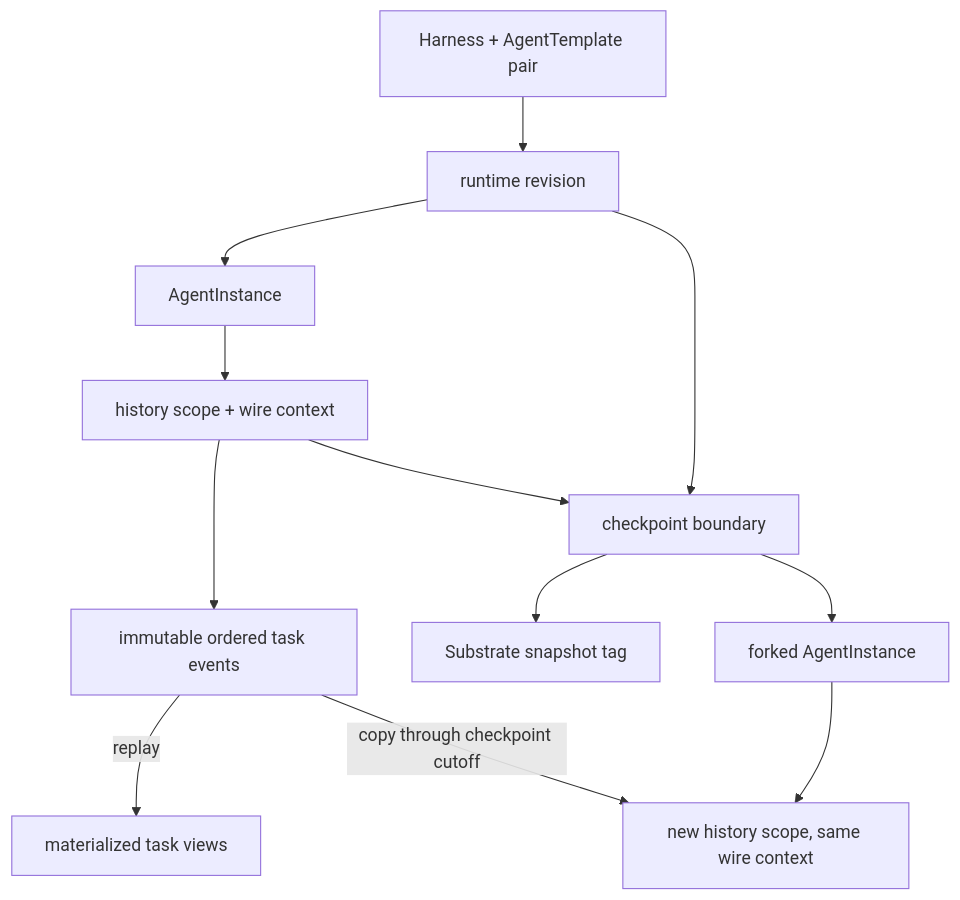
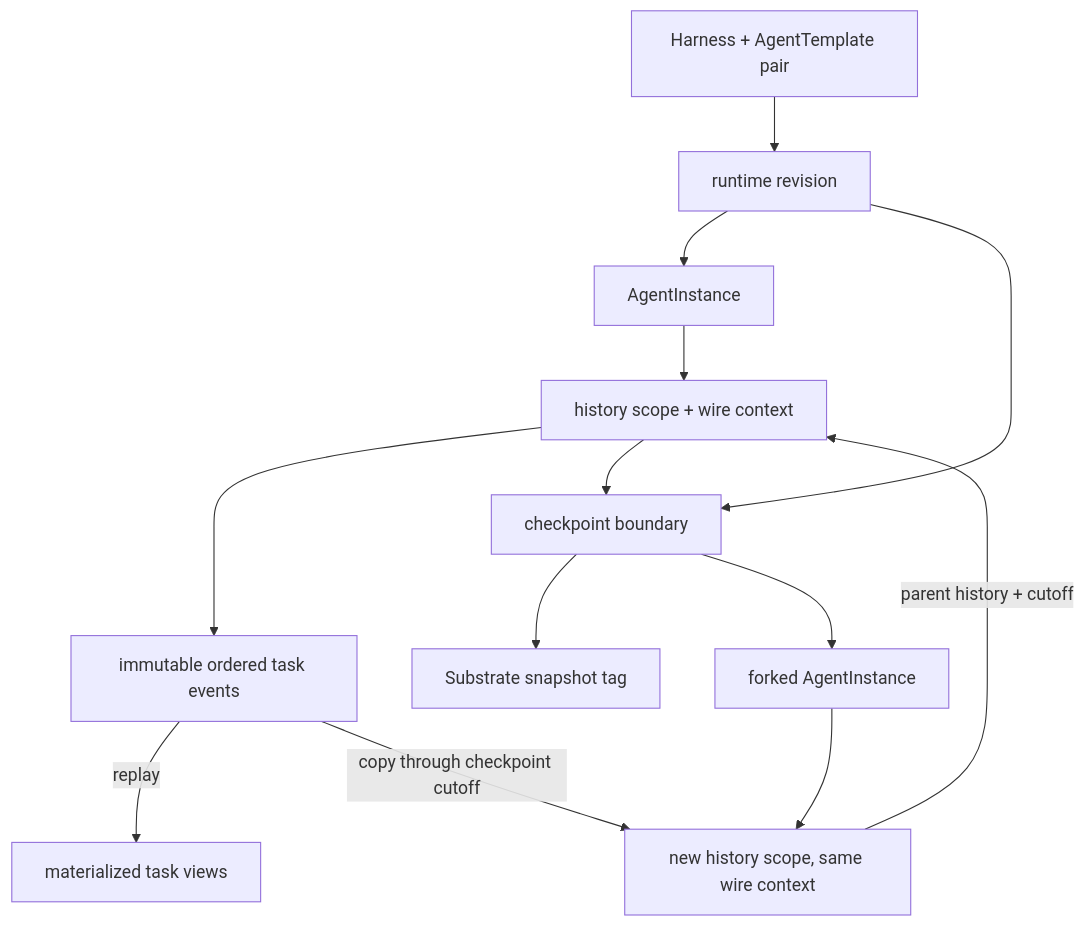
The diagram in docs/architecture/persistence-checkpoints-and-forks.md (kagent-dev/kagent), drawn with Mermaid before and after one commit. The commit also changed other lines of this file and 5 other files, not shown here.

````diff
--- a/docs/architecture/persistence-checkpoints-and-forks.md
+++ b/docs/architecture/persistence-checkpoints-and-forks.md
@@ -39,14 +39,15 @@
 ```mermaid
 flowchart TD
     PAIR[Harness + AgentTemplate pair] --> REV[runtime revision]
     REV --> INSTANCE[AgentInstance]
     INSTANCE --> CONTEXT[history scope + wire context]
     CONTEXT --> EVENT[immutable ordered task events]
     EVENT -->|replay| TASK[materialized task views]
     CONTEXT --> CHECKPOINT[checkpoint boundary]
     REV --> CHECKPOINT
     CHECKPOINT --> TAG[Substrate snapshot tag]
     CHECKPOINT --> FORK[forked AgentInstance]
     FORK --> NEWCTX[new history scope, same wire context]
+    NEWCTX -->|parent history + cutoff| CONTEXT
     EVENT -->|copy through checkpoint cutoff| NEWCTX
 ```
````
